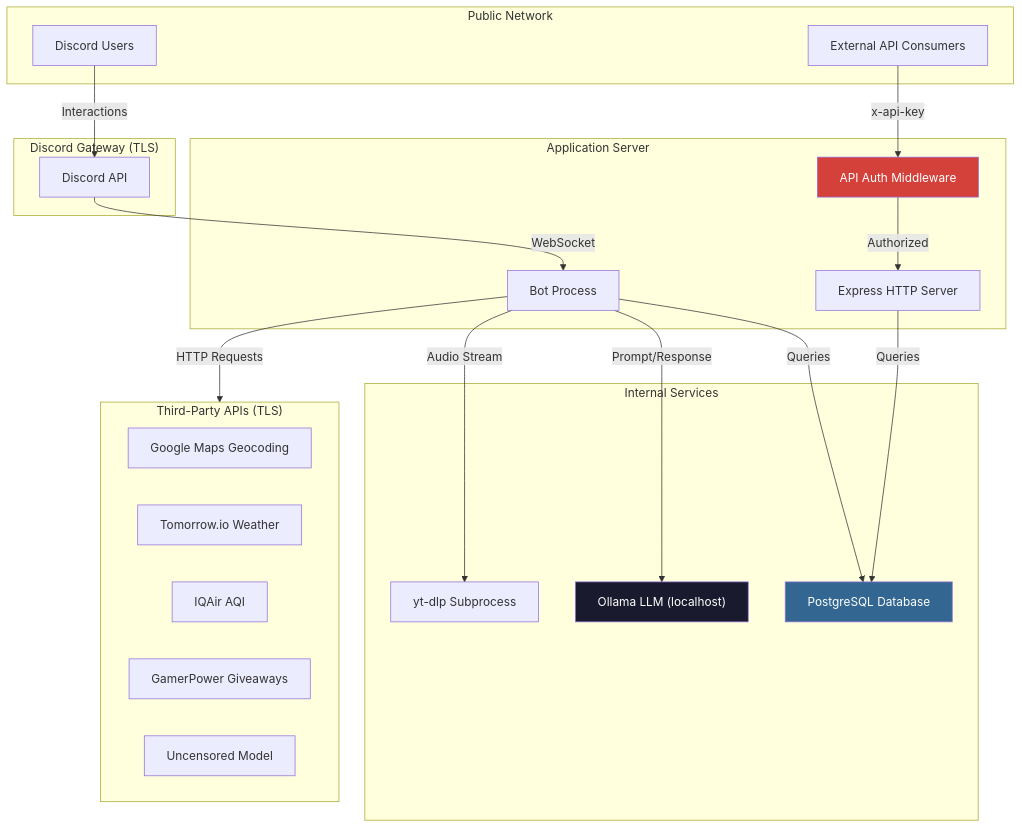
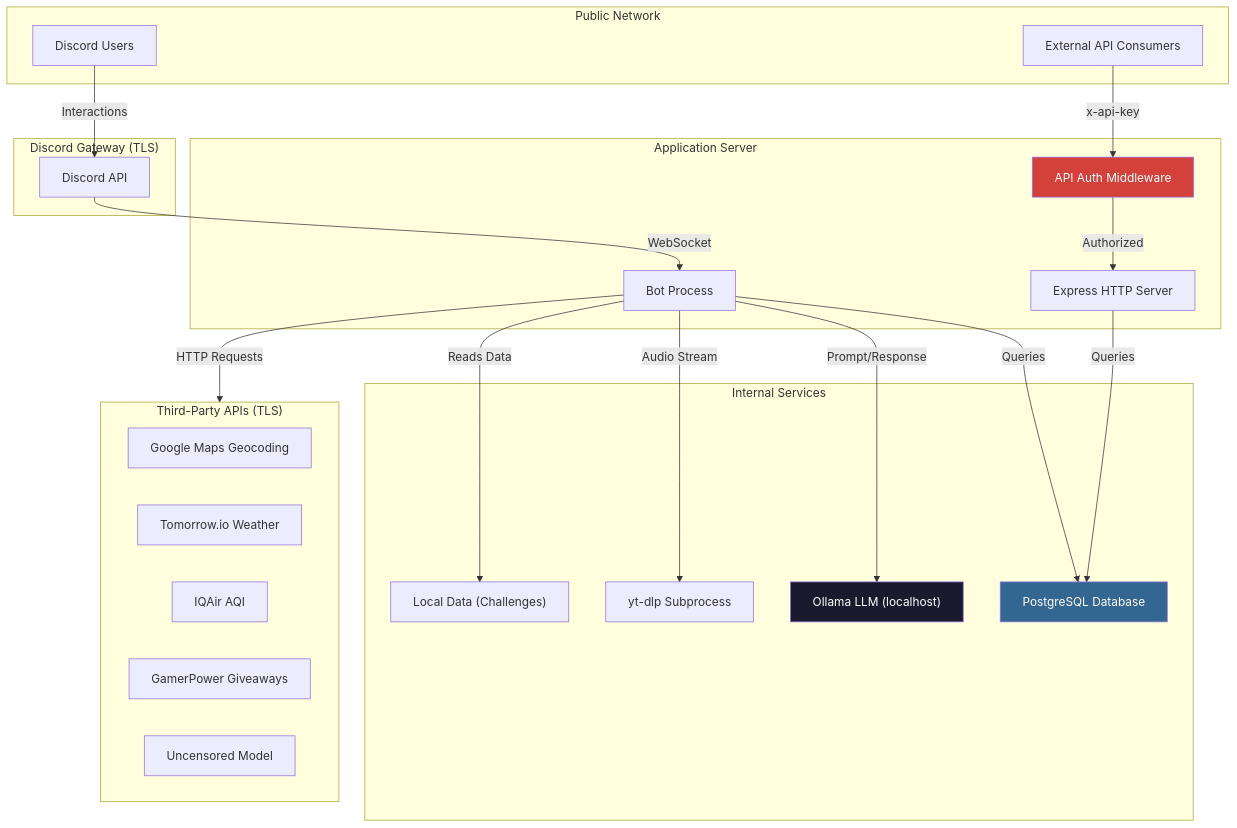
One commit to ranveerminhas0/nxtgencore changed the first of 2 diagrams in SECURITY.md. Above: the diagram before and after it, drawn with Mermaid. The commit also changed other lines of this file and 4 other files, not shown here.

````diff
--- a/SECURITY.md
+++ b/SECURITY.md
@@ -11,46 +11,48 @@
 ```mermaid
 graph TB
     subgraph Public["Public Network"]
         U["Discord Users"]
         EXT["External API Consumers"]
     end
 
     subgraph Discord["Discord Gateway (TLS)"]
         API["Discord API"]
     end
 
     subgraph Server["Application Server"]
         BOT["Bot Process"]
         EXPRESS["Express HTTP Server"]
         AUTH["API Auth Middleware"]
     end
 
     subgraph Internal["Internal Services"]
         DB["PostgreSQL Database"]
         AI["Ollama LLM (localhost)"]
         YTDLP["yt-dlp Subprocess"]
+        JSON["Local Data (Challenges)"]
     end
 
     subgraph ThirdParty["Third-Party APIs (TLS)"]
         GOOGLE["Google Maps Geocoding"]
         WEATHER["Tomorrow.io Weather"]
         IQAIR["IQAir AQI"]
         GAMER["GamerPower Giveaways"]
         HF["Uncensored Model"]
     end
 
     U -->|Interactions| API
     API -->|WebSocket| BOT
     BOT -->|Queries| DB
     BOT -->|Prompt/Response| AI
     BOT -->|Audio Stream| YTDLP
+    BOT -->|Reads Data| JSON
     BOT -->|HTTP Requests| ThirdParty
 
     EXT -->|x-api-key| AUTH
     AUTH -->|Authorized| EXPRESS
     EXPRESS -->|Queries| DB
 
     style AUTH fill:#d4403a,color:#fff
     style DB fill:#336791,color:#fff
     style AI fill:#1a1a2e,color:#fff
 ```
````
